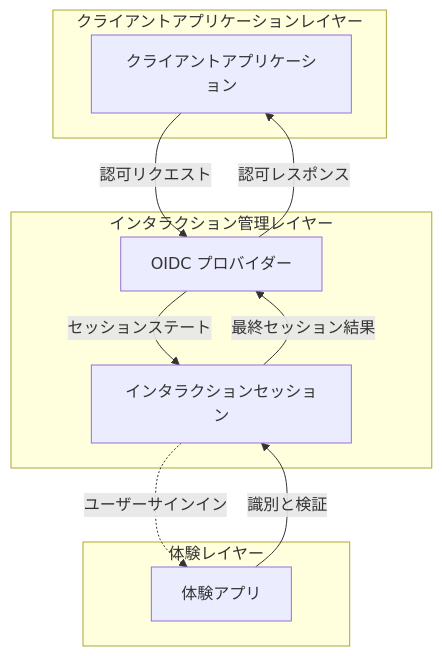
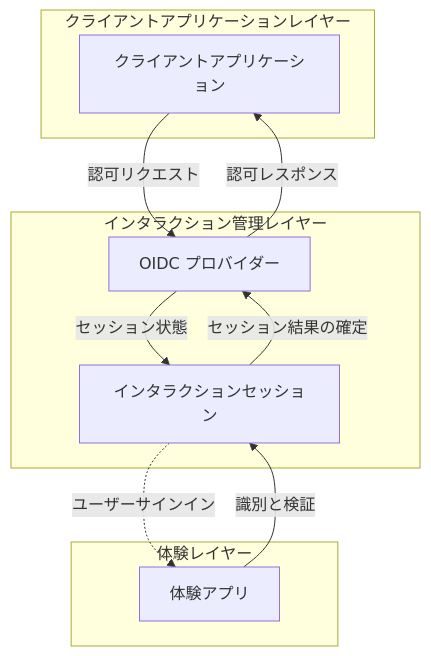
The second of 2 diagrams in i18n/ja/docusaurus-plugin-content-docs/current/end-user-flows/sign-up-and-sign-in/README.mdx (logto-io/docs), drawn with Mermaid before and after one commit. The commit also changed other lines of this file and 53 other files, not shown here.

````diff
--- a/i18n/ja/docusaurus-plugin-content-docs/current/end-user-flows/sign-up-and-sign-in/README.mdx
+++ b/i18n/ja/docusaurus-plugin-content-docs/current/end-user-flows/sign-up-and-sign-in/README.mdx
@@ -47,24 +47,24 @@
 ```mermaid
 flowchart TD
   %% レイヤー
   subgraph Layer1 [クライアントアプリケーションレイヤー]
       A[クライアントアプリケーション]
   end
 
   subgraph Layer2 [インタラクション管理レイヤー]
       B[OIDC プロバイダー]
       C[インタラクションセッション]
   end
 
   subgraph Layer3 [体験レイヤー]
       D[体験アプリ]
   end
 
   %% 接続
   A --> |認可リクエスト| B
-  B --> |セッションステート| C
+  B --> |セッション状態| C
   C -.-> |ユーザーサインイン| D
   D --> |識別と検証| C
-  C --> |最終セッション結果| B
+  C --> |セッション結果の確定| B
   B --> |認可レスポンス| A
 ```
````
